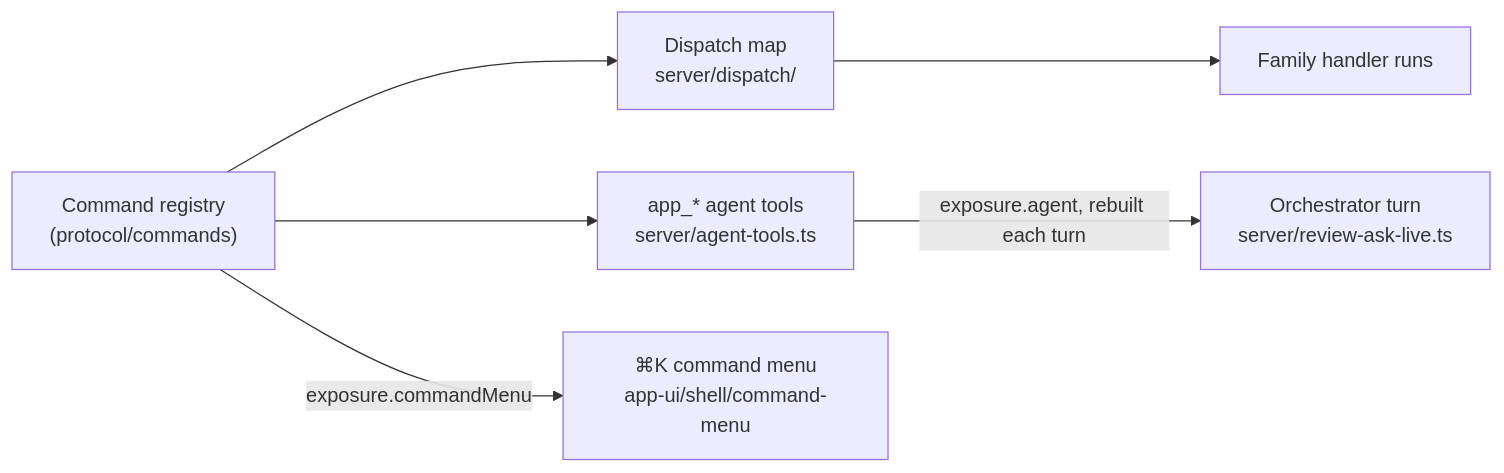
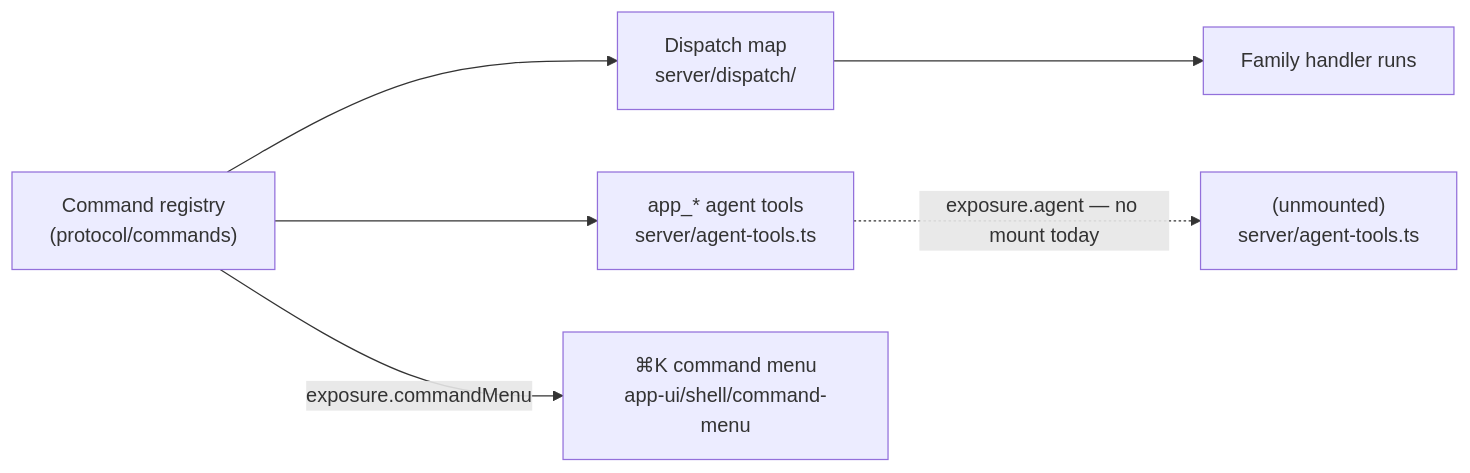
The third of 3 diagrams in docs/developing/concepts/surfacing-and-routing.md (rbutera/Rennet), drawn with Mermaid before and after one commit. The commit also changed other lines of this file and 99 other files, not shown here.

````diff
--- a/docs/developing/concepts/surfacing-and-routing.md
+++ b/docs/developing/concepts/surfacing-and-routing.md
@@ -171,8 +171,8 @@
 ```mermaid
 flowchart LR
   registry["Command registry\n(protocol/commands)"] --> map["Dispatch map\nserver/dispatch/"]
   registry --> tools["app_* agent tools\nserver/agent-tools.ts"]
   registry -->|exposure.commandMenu| menu["⌘K command menu\napp-ui/shell/command-menu"]
   map --> handler["Family handler runs"]
-  tools -->|exposure.agent, rebuilt each turn| turn["Orchestrator turn\nserver/review-ask-live.ts"]
+  tools -.->|exposure.agent — no mount today| turn["(unmounted)\nserver/agent-tools.ts"]
 ```
````
